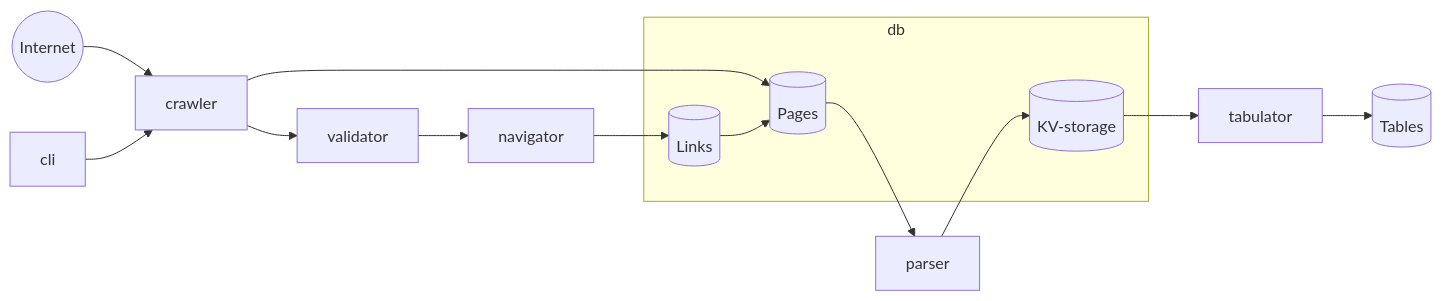
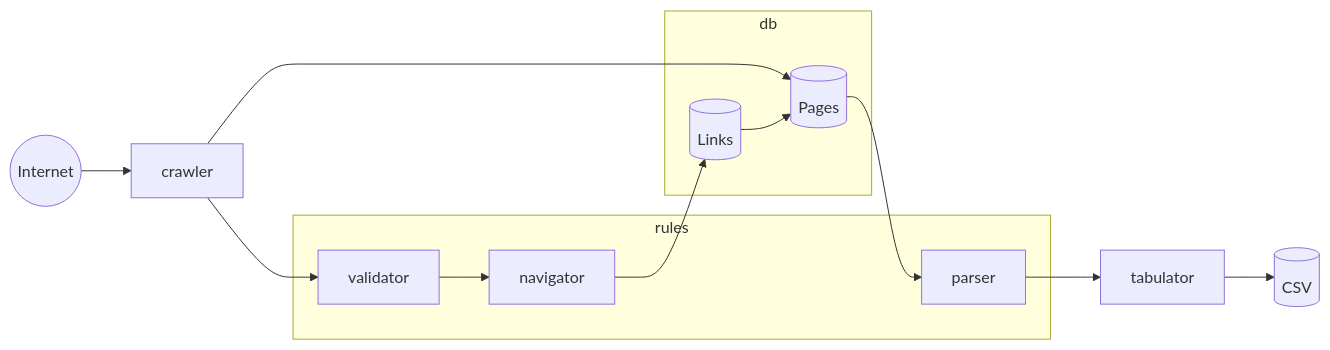
One commit to bazhenov/crab changed the diagram in README.md. Above: the diagram before and after it, drawn with Mermaid. The commit also changed other lines of this file, not shown here.

````diff
--- a/README.md
+++ b/README.md
@@ -14,22 +11,25 @@
 ```mermaid
 flowchart LR
-  cli
   navigator
   parser
   tabulator
   internet((Internet))
   validator
 
   subgraph db
     pages[(Pages)]
     links[(Links)]
-    kv[(KV-storage)]
   end
 
-  tables[(Tables)]
+  subgraph rules
+    parser
+    navigator
+    validator
+  end
+
+  csv[(CSV)]
 
   crawler --> pages
   internet --> crawler --> validator --> navigator --> links --> pages
-  cli --> crawler
-  pages --> parser --> kv --> tabulator --> tables
+  pages --> parser --> tabulator --> csv
 ```
````
